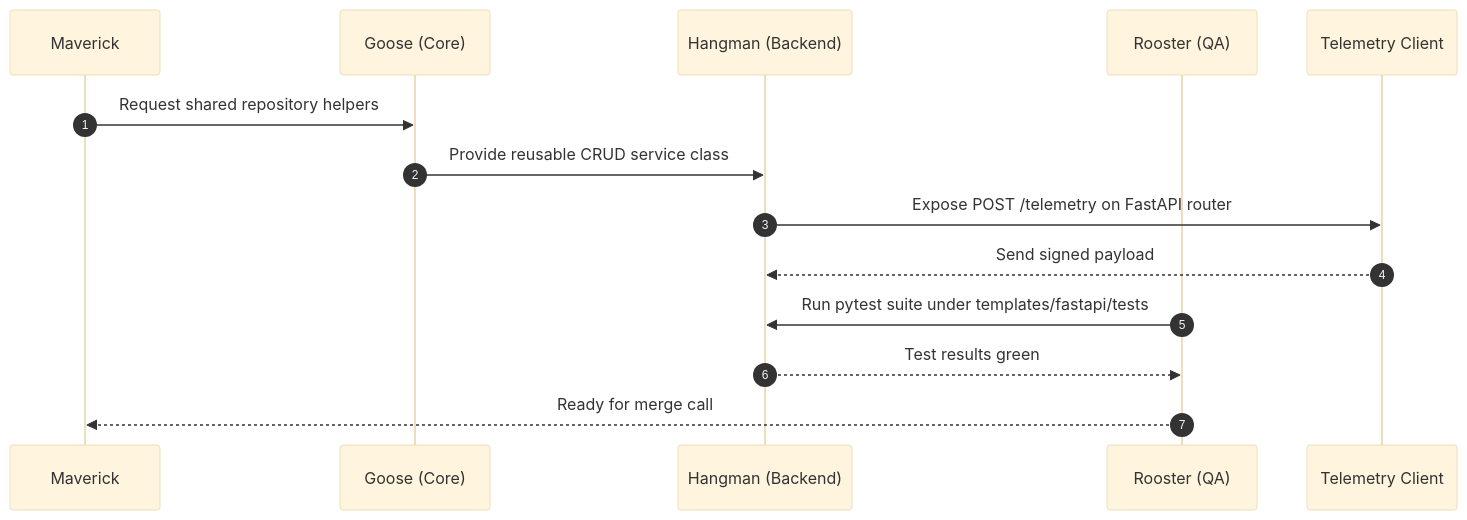
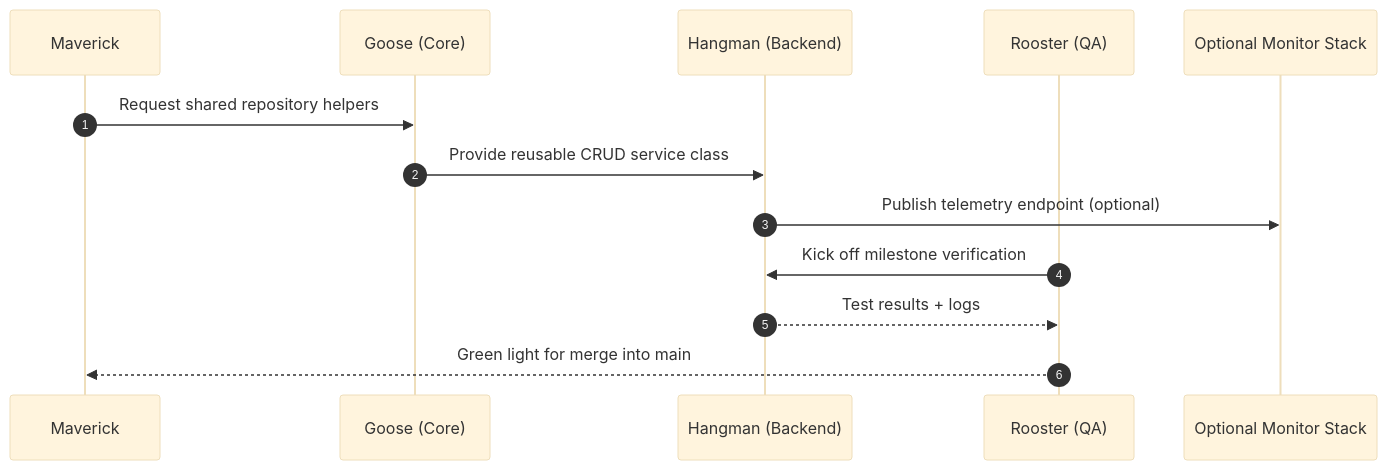
Before and after one commit to taituo/talktomegoose: the second of 3 diagrams in docs/examples/template-sequence-diagrams.md, drawn with Mermaid (base theme). The commit also changed other lines of this file and 3 other files, not shown here.

````diff
--- a/docs/examples/template-sequence-diagrams.md
+++ b/docs/examples/template-sequence-diagrams.md
@@ -21,17 +24,16 @@
 ```mermaid
 sequenceDiagram
   autonumber
   participant Maverick as Maverick
   participant Goose as Goose (Core)
   participant Hangman as Hangman (Backend)
   participant Rooster as Rooster (QA)
-  participant Telemetry as Telemetry Client
+  participant Monitor as Optional Monitor Stack
 
   Maverick->>Goose: Request shared repository helpers
   Goose->>Hangman: Provide reusable CRUD service class
-  Hangman->>Telemetry: Expose POST /telemetry on FastAPI router
-  Telemetry-->>Hangman: Send signed payload
-  Rooster->>Hangman: Run pytest suite under templates/fastapi/tests
-  Hangman-->>Rooster: Test results green
-  Rooster-->>Maverick: Ready for merge call
+  Hangman->>Monitor: Publish telemetry endpoint (optional)
+  Rooster->>Hangman: Kick off milestone verification
+  Hangman-->>Rooster: Test results + logs
+  Rooster-->>Maverick: Green light for merge into main
 ```
````
